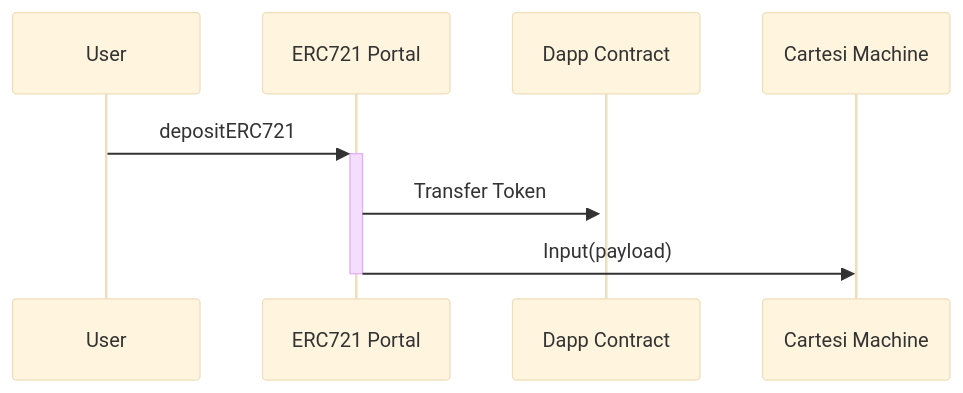
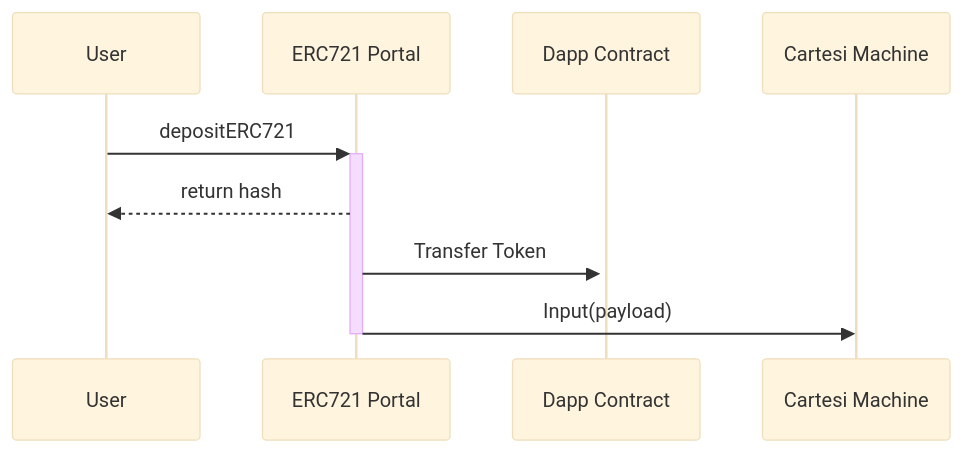
One commit to doiim/tikua changed the seventh of 9 diagrams in README.md. Above: the diagram before and after it, drawn with Mermaid (base theme). The commit also changed other lines of this file and 1 other file, not shown here.

````diff
--- a/README.md
+++ b/README.md
@@ -176,6 +225,7 @@
 ```mermaid
 sequenceDiagram
     User->>+ERC721 Portal: depositERC721
+    ERC721 Portal-->>User: return hash
     ERC721 Portal->>+Dapp Contract: Transfer Token
     ERC721 Portal->>-Cartesi Machine: Input(payload)
 ```
````
